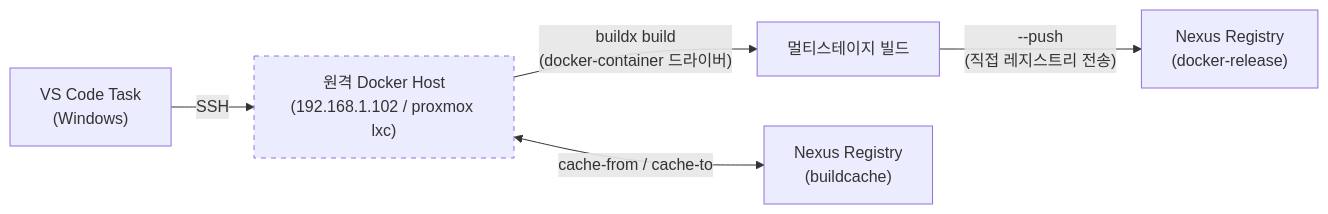
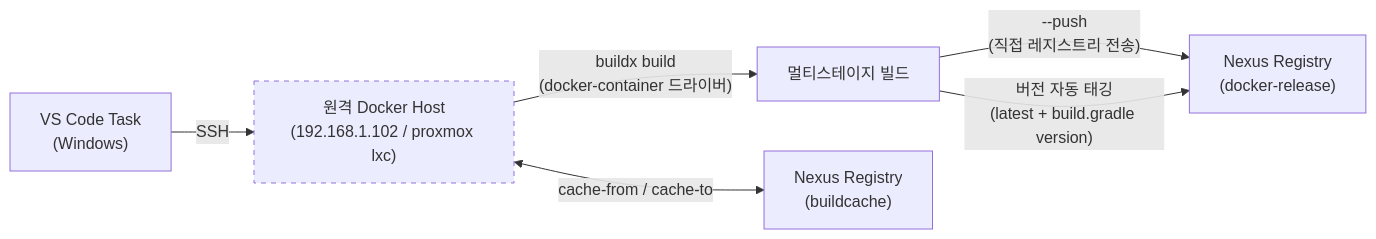
One commit to ellen24k-memo/.github changed the first of 2 diagrams in profile/docs/backend/docker-build-optimization.md. Above: the diagram before and after it, drawn with Mermaid. The commit also changed other lines of this file, not shown here.

First line of the commit message:
docs: Update Docker build optimization guide for automatic version tagging

````diff
--- a/profile/docs/backend/docker-build-optimization.md
+++ b/profile/docs/backend/docker-build-optimization.md
@@ -5,9 +5,10 @@
 ```mermaid
 graph LR
     A["VS Code Task<br/>(Windows)"] -->|SSH| B["원격 Docker Host<br/>(192.168.1.102 / proxmox lxc)"]
     B -->|"buildx build<br/>(docker-container 드라이버)"| C[멀티스테이지 빌드]
     C -->|"--push<br/>(직접 레지스트리 전송)"| D["Nexus Registry<br/>(docker-release)"]
     B <-->|cache-from / cache-to| E["Nexus Registry<br/>(buildcache)"]
+    C -->|"버전 자동 태깅<br/>(latest + build.gradle version)"| D
 
     style B stroke-dasharray: 5 5
 ```
````
